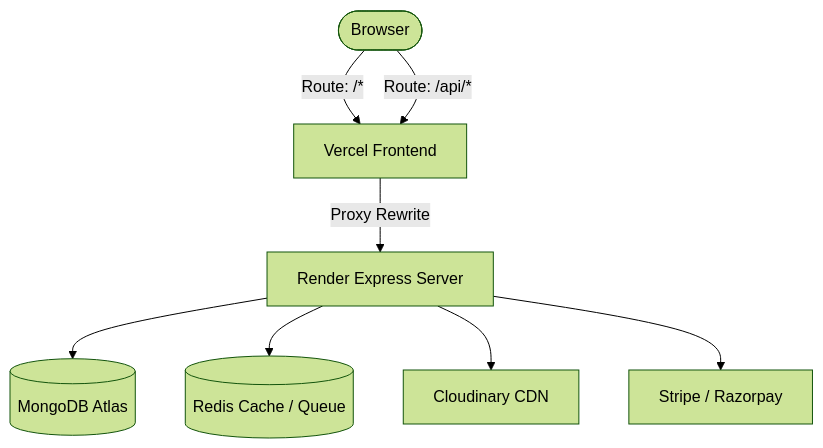
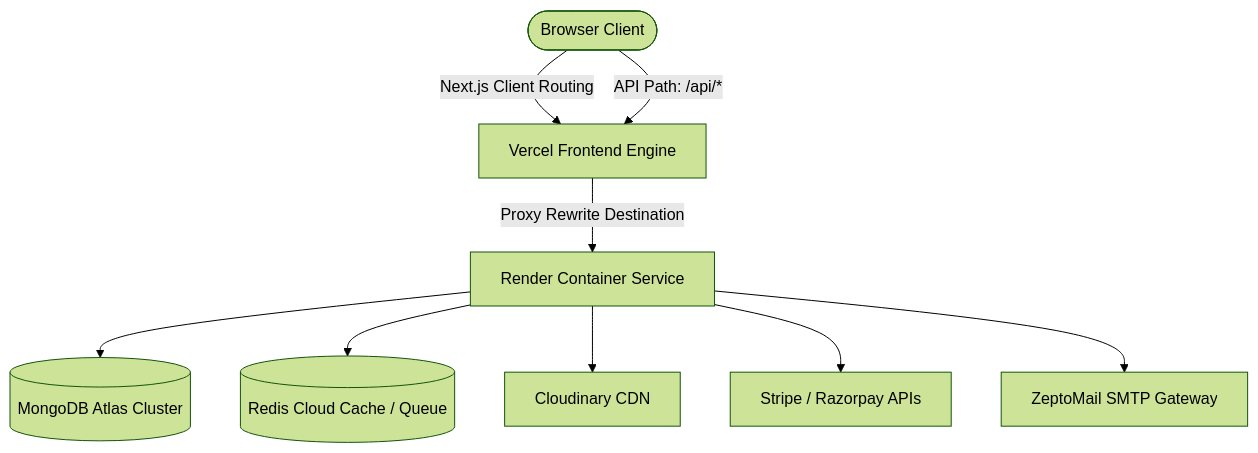
Before and after one commit to adminmadusa/MAD-Entertrainment: the first of 2 diagrams in DEPLOYMENT_MAP.md, drawn with Mermaid (forest theme). The commit also changed other lines of this file and 2 other files, not shown here.

````diff
--- a/DEPLOYMENT_MAP.md
+++ b/DEPLOYMENT_MAP.md
@@ -87,11 +145,12 @@
 ```mermaid
 graph TD
-  User([Browser])
-  User -->|Route: /*| Vercel[Vercel Frontend]
-  User -->|Route: /api/*| Vercel
-  Vercel -->|Proxy Rewrite| Render[Render Express Server]
-  Render --> MongoDB[(MongoDB Atlas)]
-  Render --> Redis[(Redis Cache / Queue)]
+  User([Browser Client])
+  User -->|Next.js Client Routing| Vercel[Vercel Frontend Engine]
+  User -->|API Path: /api/*| Vercel
+  Vercel -->|Proxy Rewrite Destination| Render[Render Container Service]
+  Render --> Atlas[(MongoDB Atlas Cluster)]
+  Render --> Redis[(Redis Cloud Cache / Queue)]
   Render --> Cloudinary[Cloudinary CDN]
-  Render --> Gateway[Stripe / Razorpay]
+  Render --> StripeRazor[Stripe / Razorpay APIs]
+  Render --> ZeptoMail[ZeptoMail SMTP Gateway]
 ```
````
